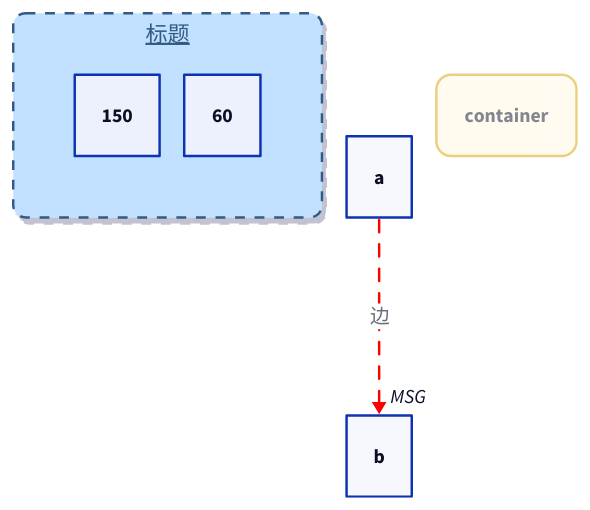
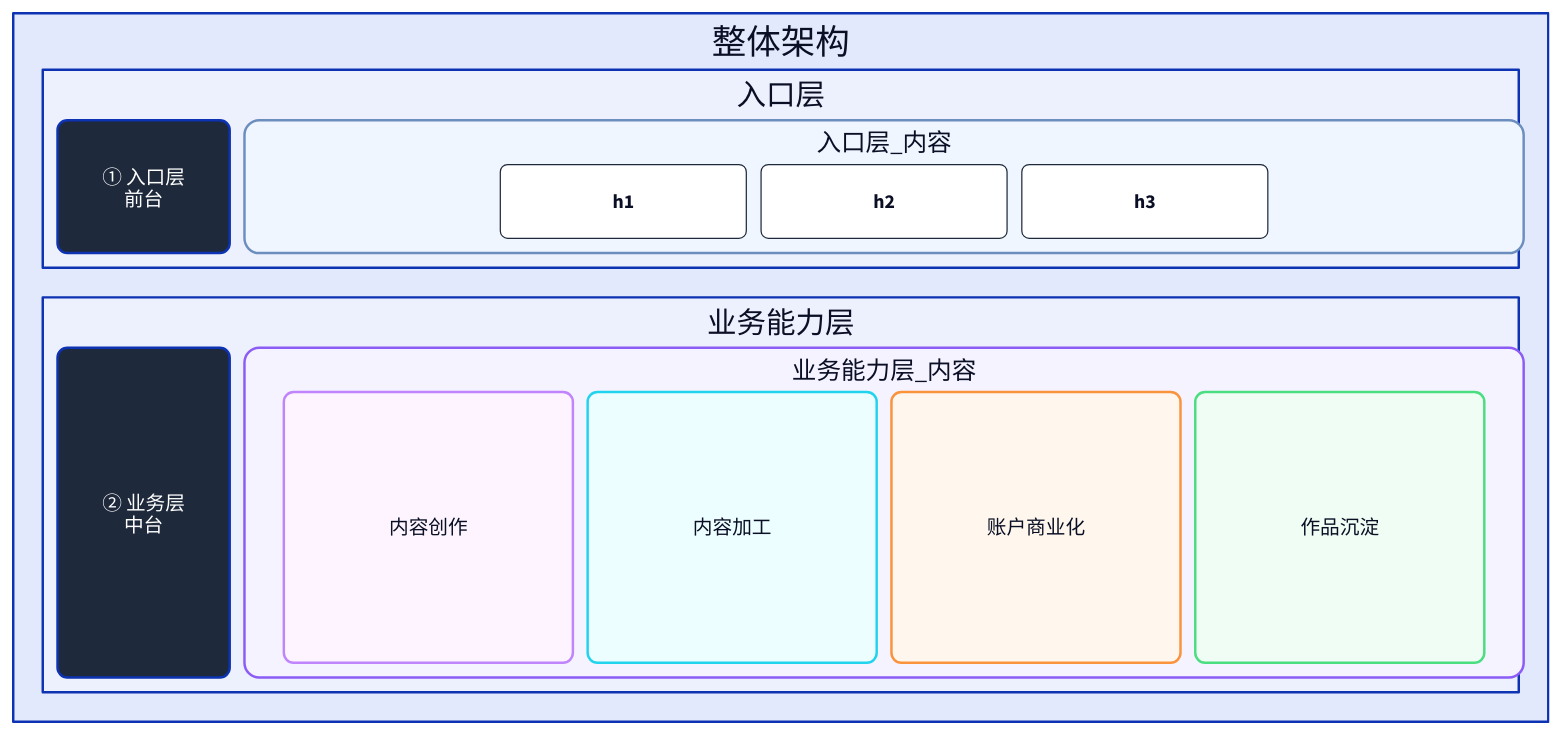
The second of 6 diagrams in skills/d2/SKILL.md (syllr/skills), drawn with D2 before and after one commit. The commit also changed other lines of this file, not shown here.

First line of the commit message:
refactor: 完全重写 d2 skill 为架构图专用（从 682 行精简到 542 行）

````diff
--- a/skills/d2/SKILL.md
+++ b/skills/d2/SKILL.md
@@ -194,53 +270,76 @@
 ```d2
-vars: { d2-config: { layout-engine: elk } }   # 本示例含容器尺寸，需 ELK（dagre 不支持容器 width/height）
-node: "标题" {
-  # 尺寸（节点属性，不是 style 关键字——写在 style 块里会编译报错）
-  # ⚠️ 容器节点（有子属性）设置尺寸仅 ELK 支持（TALA 付费禁用），dagre 会报错；叶子节点无此限制
-  width: 200                 # 节点宽
-  height: 80                 # 节点高
-  min-width: 150
-  min-height: 60
+vars: { d2-config: { layout-engine: elk } }
 
-  style: {
-    # 颜色
-    fill: "#b3d9ff"           # 背景填充
-    stroke: "#003366"         # 边框
-    stroke-width: 2           # 边框粗细
-    stroke-dash: 4            # 虚线（4=长虚线，3=短）
-    opacity: 0.8              # 透明度
+整体架构: {
+  grid-rows: 1
+  grid-columns: 1
+  grid-gap: 24
 
-    # 形状
-    border-radius: 10         # 圆角
+  入口层: {
+    width: 1200
+    grid-columns: 2          # 左标签 + 右内容
+    grid-gap: 12
 
-    # 文字
-    font-color: "#003366"
-    font-size: 18
-    font: mono                 # 等宽字体（实测仅 mono 有效，sans/serif/handwritten 不支持）
-    bold: true
-    italic: true
-    underline: true
+    入口层_标签: {
+      width: 140
+      style.fill: "#1e293b"
+      style.font-color: "#ffffff"
+      style.bold: true
+      style.border-radius: 8
+      label: "① 入口层\n前台"
+    }
 
-    # 阴影（3D 仅限特定 shape 类型如 square/rectangle/hexagon，与布局引擎无关）
-    shadow: true
+    入口层_内容: {
+      width: 1040
+      grid-rows: 1
+      grid-columns: 3
+      grid-gap: 12
+      style.fill: "#eff6ff"
+      style.stroke: "#6c8ebf"
+      style.stroke-width: 2
+      style.border-radius: 12
+      h1: { width: 200; height: 60; class: module }
+      h2: { width: 200; height: 60; class: module }
+      h3: { width: 200; height: 60; class: module }
+    }
+  }
+
+  业务能力层: {
+    width: 1200
+    grid-columns: 2
+    grid-gap: 12
+
+    业务能力层_标签: {
+      width: 140
+      style.fill: "#1e293b"
+      style.font-color: "#ffffff"
+      style.bold: true
+      style.border-radius: 8
+      label: "② 业务层\n中台"
+    }
+
+    业务能力层_内容: {
+      width: 1040
+      grid-rows: 1
+      grid-columns: 4
+      grid-gap: 12
+      style.fill: "#f5f3ff"
+      style.stroke: "#8b5cf6"
+      style.stroke-width: 2
+      style.border-radius: 12
+      内容创作: { width: 235; height: 220; class: purpleCard }
+      内容加工: { width: 235; height: 220; class: cyanCard }
+      账户商业化: { width: 235; height: 220; class: orangeCard }
+      作品沉淀: { width: 235; height: 220; class: greenCard }
+    }
   }
 }
 
-# 边样式（写在边定义块内；⚠️ arrowhead 是边级属性，不在 style 块里——style 里写会报 invalid style keyword）
-a -> b: "边" {
-  style: { stroke: red; stroke-width: 2; stroke-dash: 5 }
-  target-arrowhead: { shape: triangle }   # 目标箭头：triangle/arrow/diamond/circle/box/cf-one/cf-one-required/cf-many/cf-many-required/cross
-  source-arrowhead: { shape: none }       # 源箭头
-  target-arrowhead.label: "MSG"           # 箭头标签
-}
-
-# 容器样式
-container: {
-  style: {
-    fill: "#fff8e1"
-    stroke: "#d4a000"
-    stroke-width: 2
-    border-radius: 12
-    opacity: 0.5
-  }
+classes: {
+  module: { style: { border-radius: 6; stroke: "#1e293b"; stroke-width: 1 } }
+  purpleCard: { width: 235; style.fill: "#fdf4ff"; style.stroke: "#c084fc"; style.border-radius: 8 }
+  cyanCard: { width: 235; style.fill: "#ecfeff"; style.stroke: "#22d3ee"; style.border-radius: 8 }
+  orangeCard: { width: 235; style.fill: "#fff7ed"; style.stroke: "#fb923c"; style.border-radius: 8 }
+  greenCard: { width: 235; style.fill: "#f0fdf4"; style.stroke: "#4ade80"; style.border-radius: 8 }
 }
 ```
````
